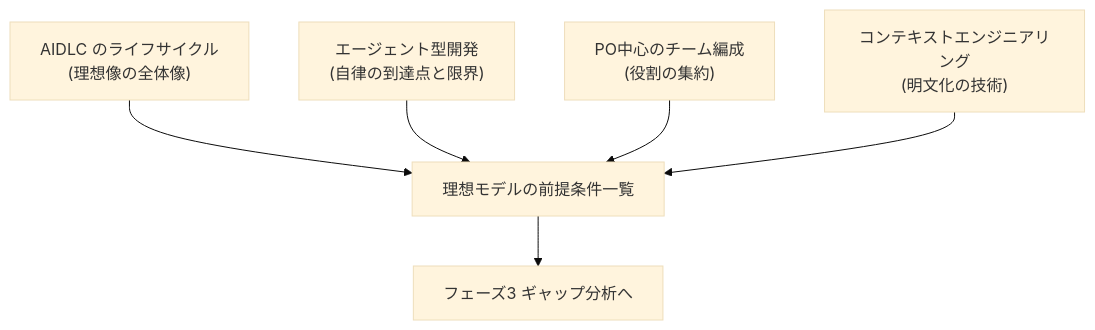
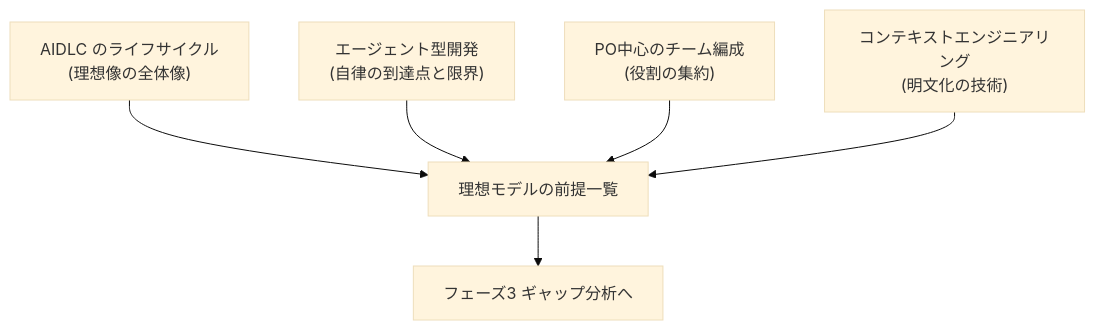
One commit to Takenori-Kusaka/process-compass changed the first of 2 diagrams in src/content/docs/phase2-aidlc/summary.md. Above: the diagram before and after it, drawn with Mermaid (base theme). The commit also changed other lines of this file and 24 other files, not shown here.

````diff
--- a/src/content/docs/phase2-aidlc/summary.md
+++ b/src/content/docs/phase2-aidlc/summary.md
@@ -12,12 +12,12 @@
 ```mermaid
 graph TD
   A["AIDLC のライフサイクル<br>(理想像の全体像)"]
   B["エージェント型開発<br>(自律の到達点と限界)"]
   C["PO中心のチーム編成<br>(役割の集約)"]
   D["コンテキストエンジニアリング<br>(明文化の技術)"]
-  A --> E["理想モデルの前提条件一覧"]
+  A --> E["理想モデルの前提一覧"]
   B --> E
   C --> E
   D --> E
   E --> F["フェーズ3 ギャップ分析へ"]
 ```
````
